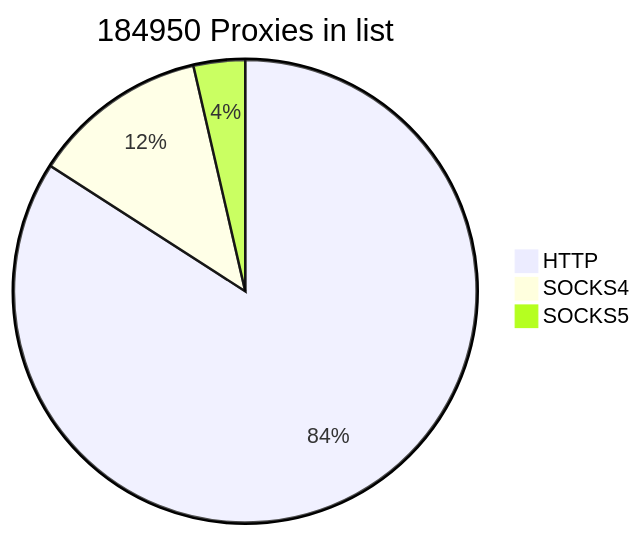
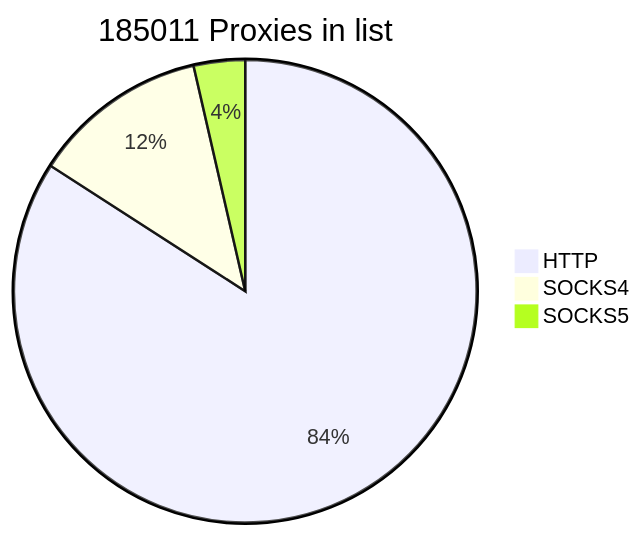
Before and after one commit to cutipu/proxylist: the first of 2 diagrams in README.md, drawn with Mermaid. The commit also changed other lines of this file, not shown here.

````diff
--- a/README.md
+++ b/README.md
@@ -2,7 +2,7 @@
 ```mermaid
-pie title 184950 Proxies in list
-    "HTTP" : 155541
+pie title 185011 Proxies in list
+    "HTTP" : 155619
     "SOCKS4" : 22752
-    "SOCKS5" : 6657
+    "SOCKS5" : 6640
             
 ```
````
